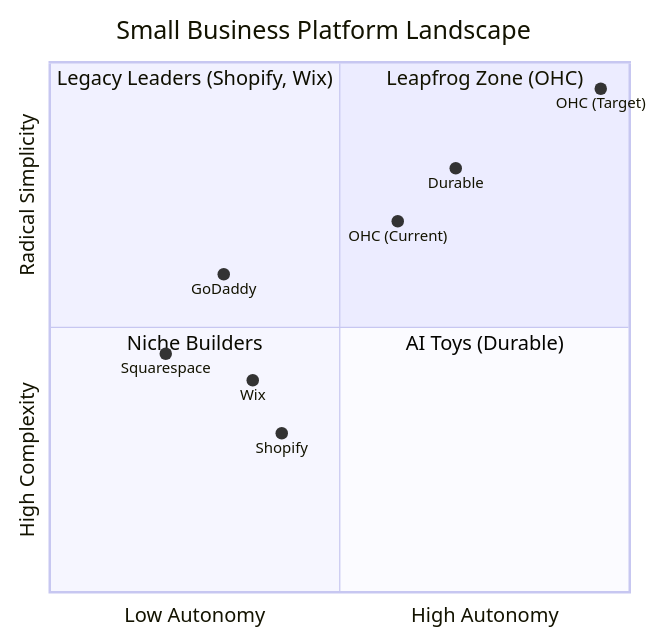
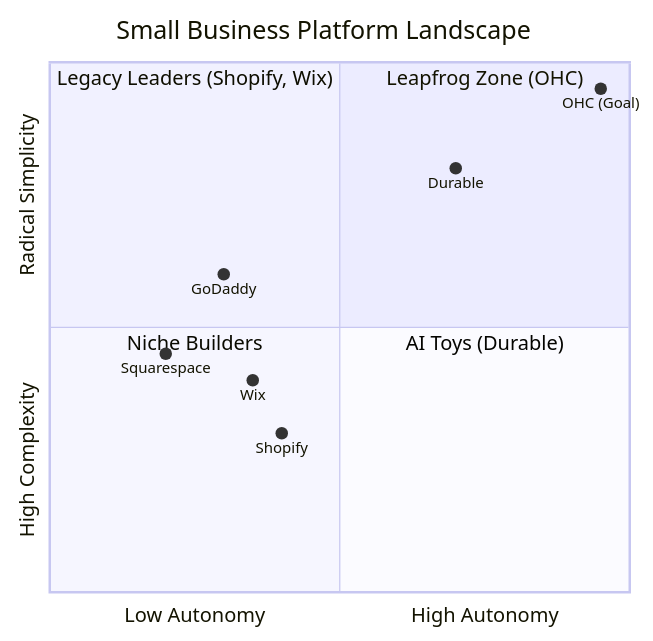
Before and after one commit to omnisolo-llc/onehumancorp: the first of 3 diagrams in docs/research/[research]_the_smb_platform_gap.md, drawn with Mermaid. The commit also changed other lines of this file and 1980 other files, not shown here.

````diff
--- a/docs/research/[research]_the_smb_platform_gap.md
+++ b/docs/research/[research]_the_smb_platform_gap.md
@@ -22,17 +22,16 @@
 ```mermaid
 quadrantChart
     title Small Business Platform Landscape
     x-axis Low Autonomy --> High Autonomy
     y-axis High Complexity --> Radical Simplicity
     quadrant-1 "Leapfrog Zone (OHC)"
     quadrant-2 "Legacy Leaders (Shopify, Wix)"
     quadrant-3 "Niche Builders"
     quadrant-4 "AI Toys (Durable)"
     "Shopify": [0.4, 0.3]
     "Wix": [0.35, 0.4]
     "Squarespace": [0.2, 0.45]
     "GoDaddy": [0.3, 0.6]
     "Durable": [0.7, 0.8]
-    "OHC (Current)": [0.6, 0.7]
-    "OHC (Target)": [0.95, 0.95]
+    "OHC (Goal)": [0.95, 0.95]
 ```
````
